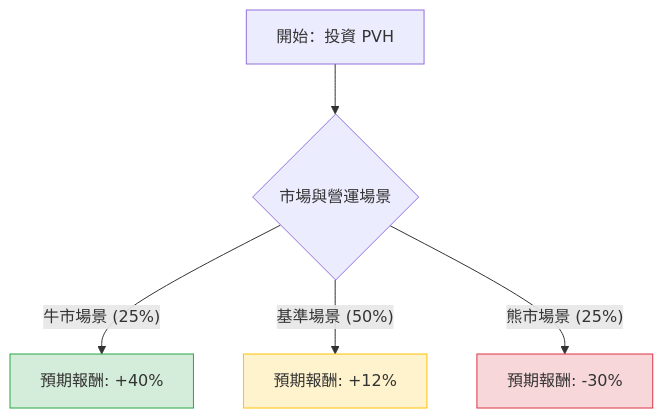
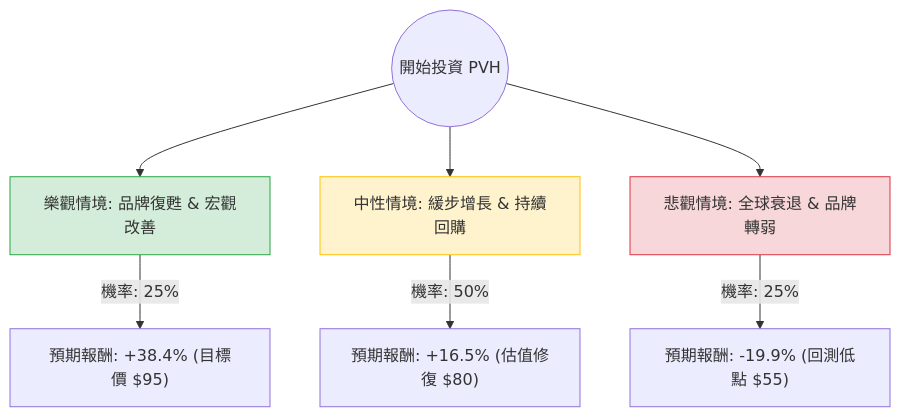
The diagram in plugin-react/ai-analysis/ev-analysis/PVH.md (zmcx16/zmcx16.github.io), drawn with Mermaid before and after one commit. The commit also changed other lines of this file and 83 other files, not shown here.

````diff
--- a/plugin-react/ai-analysis/ev-analysis/PVH.md
+++ b/plugin-react/ai-analysis/ev-analysis/PVH.md
@@ -21,12 +21,14 @@
 ```mermaid
 graph TD
-    A[開始：投資 PVH] --> B{市場與營運場景}
-    
-    B -- 牛市場景 (25%) --> C[預期報酬: +40%]
-    B -- 基準場景 (50%) --> D[預期報酬: +12%]
-    B -- 熊市場景 (25%) --> E[預期報酬: -30%]
+    Start((開始投資 PVH)) --> Bull[樂觀情境: 品牌復甦 & 宏觀改善]
+    Start --> Base[中性情境: 緩步增長 & 持續回購]
+    Start --> Bear[悲觀情境: 全球衰退 & 品牌轉弱]
 
-    style C fill:#d4edda,stroke:#28a745
-    style D fill:#fff3cd,stroke:#ffc107
-    style E fill:#f8d7da,stroke:#dc3545
+    Bull -- "機率: 25%" --> BullVal["預期報酬: +38.4% (目標價 $95)"]
+    Base -- "機率: 50%" --> BaseVal["預期報酬: +16.5% (估值修復 $80)"]
+    Bear -- "機率: 25%" --> BearVal["預期報酬: -19.9% (回測低點 $55)"]
+
+    style Bull fill:#d4edda,stroke:#28a745
+    style Base fill:#fff3cd,stroke:#ffc107
+    style Bear fill:#f8d7da,stroke:#dc3545
 ```
````
